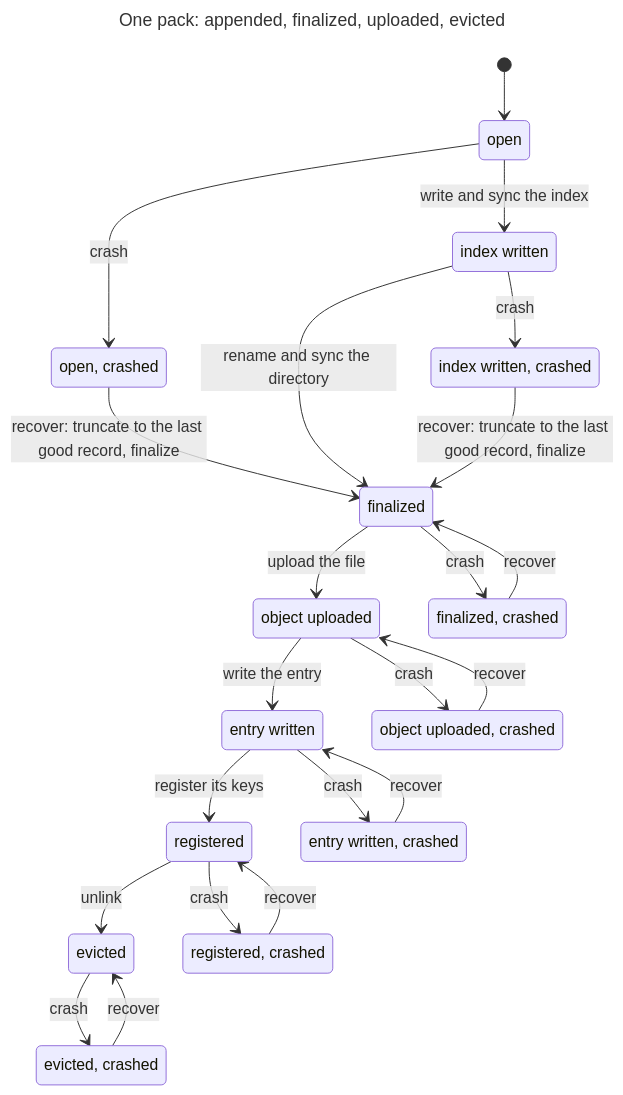
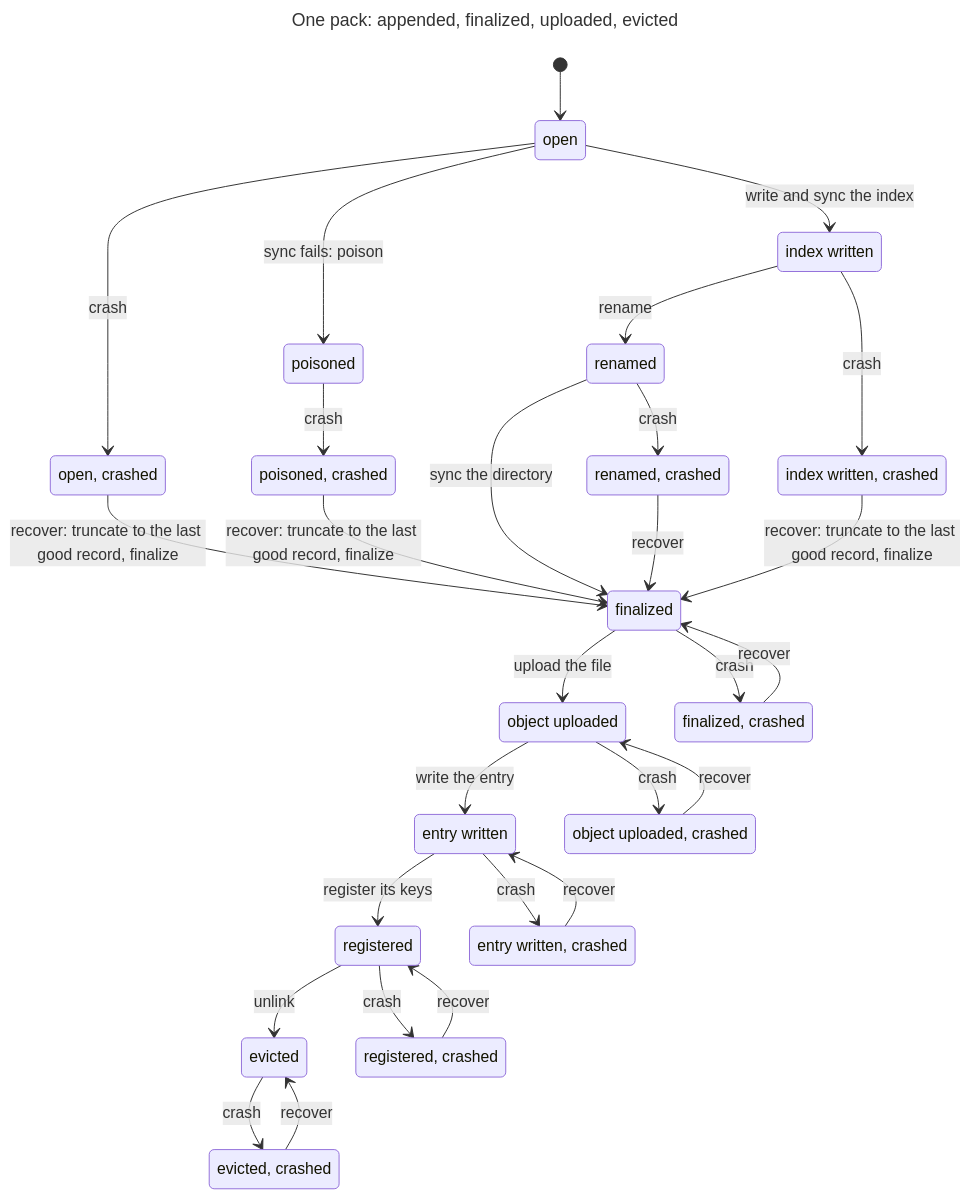
One commit to s4wave/spacewave changed the diagram in db/packfile/packahead/PackAheadLife.chart.mmd. Above: the diagram before and after it, drawn with Mermaid. The commit also changed 44 other files, not shown here.

```diff
--- a/db/packfile/packahead/PackAheadLife.chart.mmd
+++ b/db/packfile/packahead/PackAheadLife.chart.mmd
@@ -1,39 +1,49 @@
 ---
 title: "One pack: appended, finalized, uploaded, evicted"
 ---
 stateDiagram-v2
   s0: open
   s1: open, crashed
-  s2: finalized
-  s3: object uploaded
-  s4: index written
-  s5: entry written
-  s6: registered
-  s7: index written, crashed
-  s8: evicted
-  s9: finalized, crashed
-  s10: object uploaded, crashed
-  s11: entry written, crashed
-  s12: registered, crashed
-  s13: evicted, crashed
+  s2: poisoned
+  s3: finalized
+  s4: object uploaded
+  s5: poisoned, crashed
+  s6: index written
+  s7: entry written
+  s8: renamed
+  s9: registered
+  s10: index written, crashed
+  s11: evicted
+  s12: renamed, crashed
+  s13: finalized, crashed
+  s14: object uploaded, crashed
+  s15: entry written, crashed
+  s16: registered, crashed
+  s17: evicted, crashed
   [*] --> s0
   s0 --> s1: crash
-  s1 --> s2: recover: truncate to the last good record, finalize
-  s2 --> s3: upload the file
-  s0 --> s4: write and sync the index
-  s3 --> s5: write the entry
-  s4 --> s2: rename and sync the directory
-  s4 --> s7: crash
-  s5 --> s6: register its keys
-  s2 --> s9: crash
-  s6 --> s8: unlink
-  s7 --> s2: recover: truncate to the last good record, finalize
-  s3 --> s10: crash
-  s9 --> s2: recover
-  s5 --> s11: crash
-  s10 --> s3: recover
-  s6 --> s12: crash
-  s11 --> s5: recover
-  s8 --> s13: crash
-  s12 --> s6: recover
-  s13 --> s8: recover
+  s0 --> s2: sync fails: poison
+  s1 --> s3: recover: truncate to the last good record, finalize
+  s2 --> s5: crash
+  s3 --> s4: upload the file
+  s0 --> s6: write and sync the index
+  s4 --> s7: write the entry
+  s5 --> s3: recover: truncate to the last good record, finalize
+  s6 --> s8: rename
+  s6 --> s10: crash
+  s7 --> s9: register its keys
+  s8 --> s3: sync the directory
+  s8 --> s12: crash
+  s9 --> s11: unlink
+  s10 --> s3: recover: truncate to the last good record, finalize
+  s3 --> s13: crash
+  s12 --> s3: recover
+  s4 --> s14: crash
+  s13 --> s3: recover
+  s7 --> s15: crash
+  s14 --> s4: recover
+  s9 --> s16: crash
+  s15 --> s7: recover
+  s11 --> s17: crash
+  s16 --> s9: recover
+  s17 --> s11: recover
```
